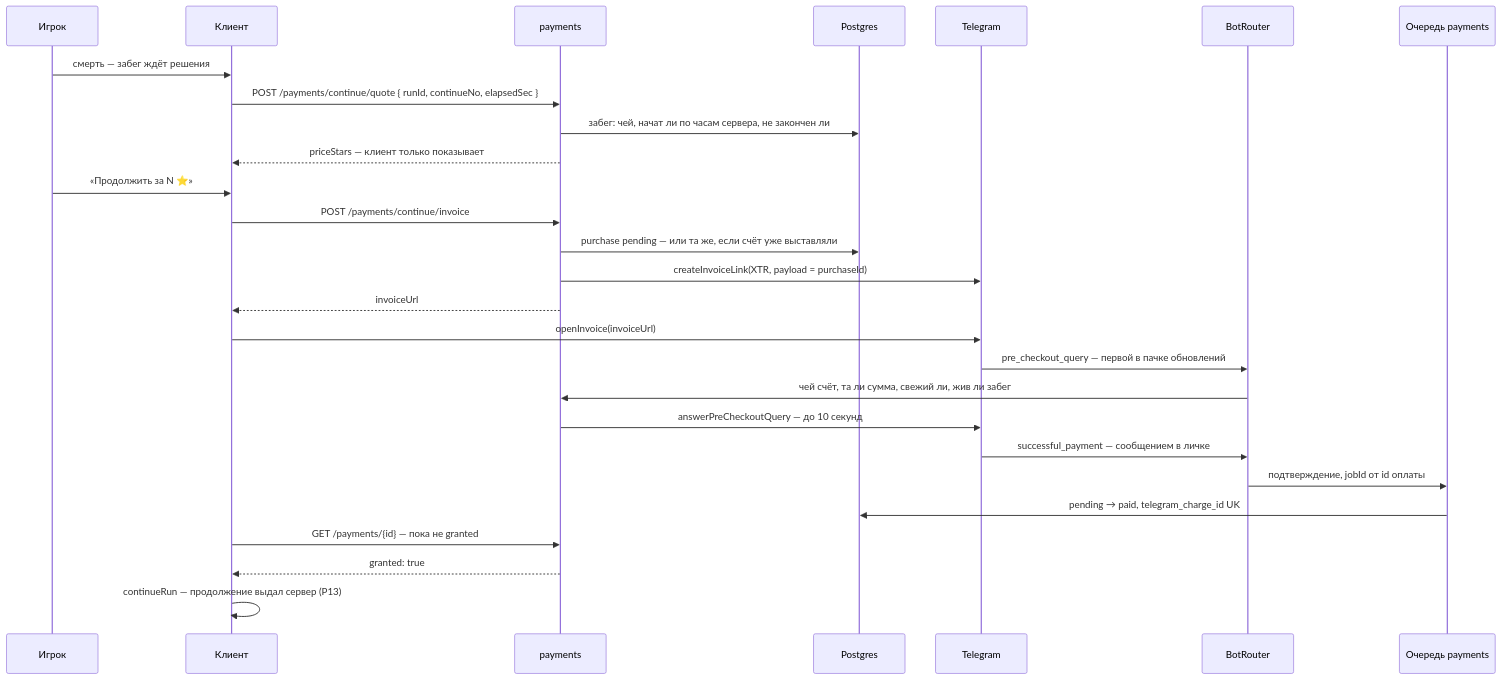
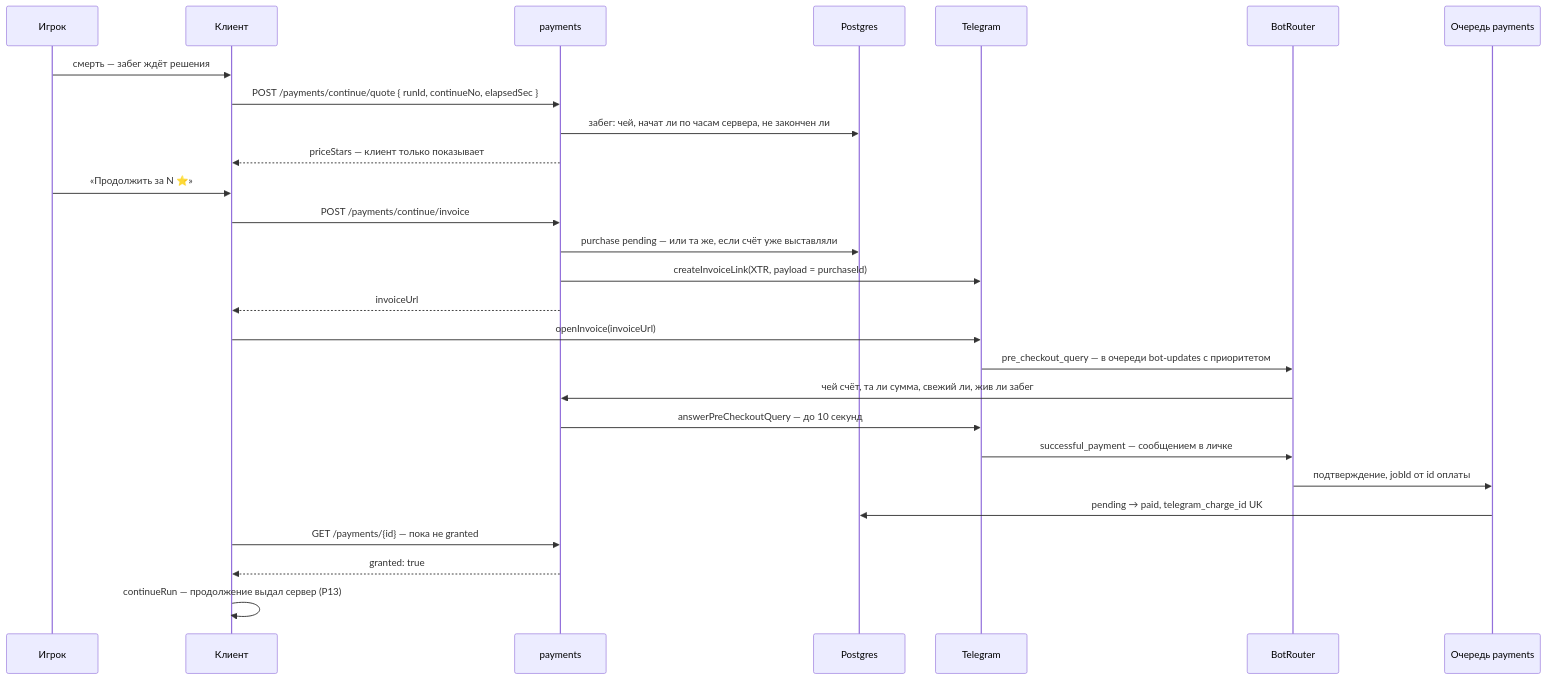
One commit to JJSGxKD/rubezh changed diagram 27 of 38 in docs/21-diagrams.md. Above: the diagram before and after it, drawn with Mermaid. The commit also changed other lines of this file and 1 other file, not shown here.

First line of the commit message:
docs: Опиши приём обновлений бота через очередь

````diff
--- a/docs/21-diagrams.md
+++ b/docs/21-diagrams.md
@@ -2737,30 +2739,30 @@
 ```mermaid
 sequenceDiagram
     participant U as Игрок
     participant C as Клиент
     participant P as payments
     participant DB as Postgres
     participant TG as Telegram
     participant B as BotRouter
     participant Q as Очередь payments
 
     U->>C: смерть — забег ждёт решения
     C->>P: POST /payments/continue/quote { runId, continueNo, elapsedSec }
     P->>DB: забег: чей, начат ли по часам сервера, не закончен ли
     P-->>C: priceStars — клиент только показывает
     U->>C: «Продолжить за N ⭐»
     C->>P: POST /payments/continue/invoice
     P->>DB: purchase pending — или та же, если счёт уже выставляли
     P->>TG: createInvoiceLink(XTR, payload = purchaseId)
     P-->>C: invoiceUrl
     C->>TG: openInvoice(invoiceUrl)
-    TG->>B: pre_checkout_query — первой в пачке обновлений
+    TG->>B: pre_checkout_query — в очереди bot-updates с приоритетом
     B->>P: чей счёт, та ли сумма, свежий ли, жив ли забег
     P->>TG: answerPreCheckoutQuery — до 10 секунд
     TG->>B: successful_payment — сообщением в личке
     B->>Q: подтверждение, jobId от id оплаты
     Q->>DB: pending → paid, telegram_charge_id UK
     C->>P: GET /payments/{id} — пока не granted
     P-->>C: granted: true
     C->>C: continueRun — продолжение выдал сервер (Р13)
 ```
````
